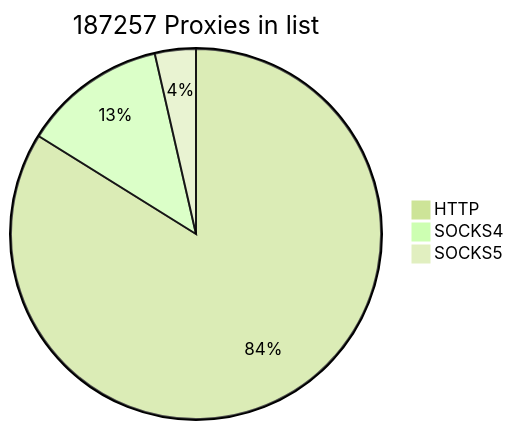
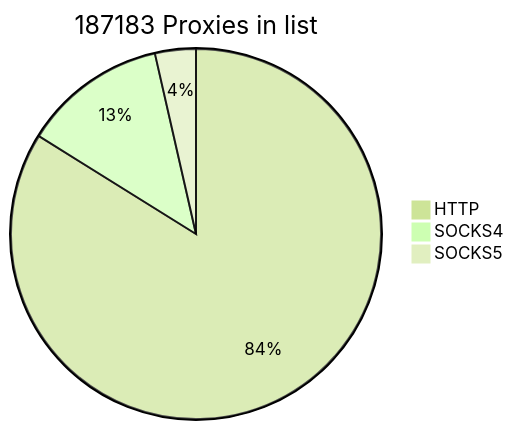
Before and after one commit to cutipu/proxylist: the first of 2 diagrams in README.md, drawn with Mermaid (forest theme). The commit also changed other lines of this file, not shown here.

````diff
--- a/README.md
+++ b/README.md
@@ -2,7 +2,7 @@
 ```mermaid
-pie title 187257 Proxies in list
-    "HTTP" : 157037
-    "SOCKS4" : 23521
-    "SOCKS5" : 6699
+pie title 187183 Proxies in list
+    "HTTP" : 156994
+    "SOCKS4" : 23518
+    "SOCKS5" : 6671
             
 ```
````
